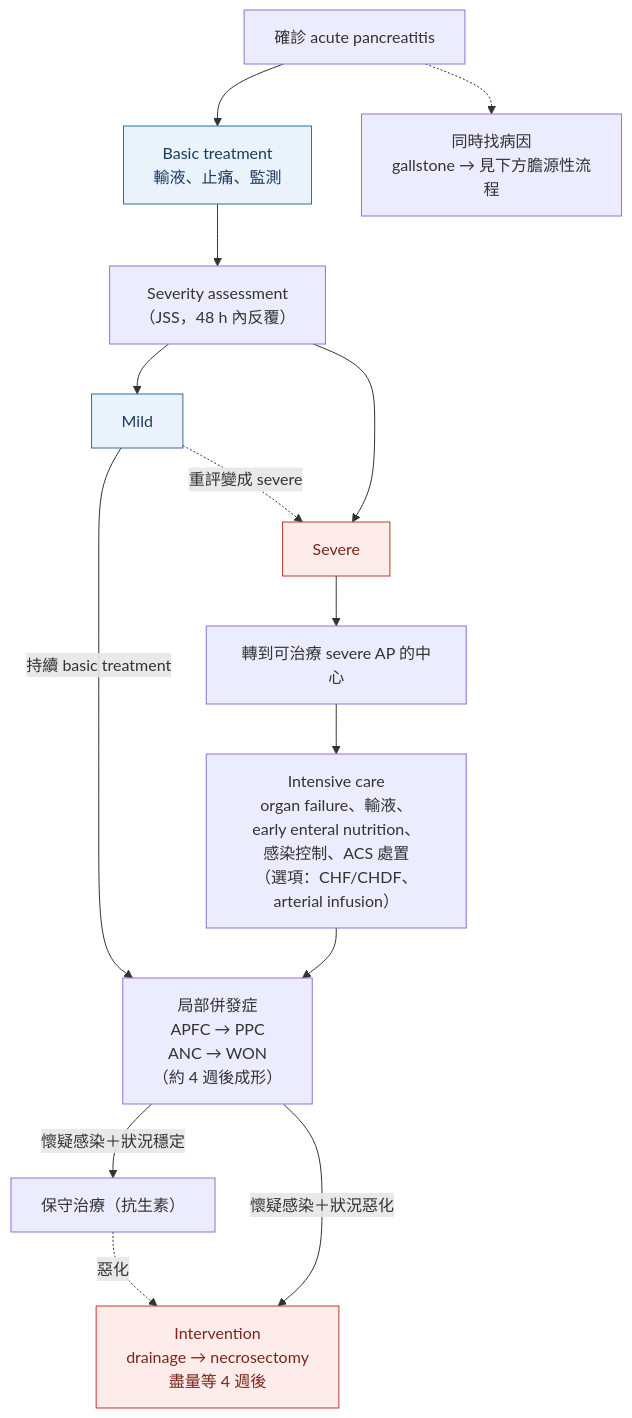
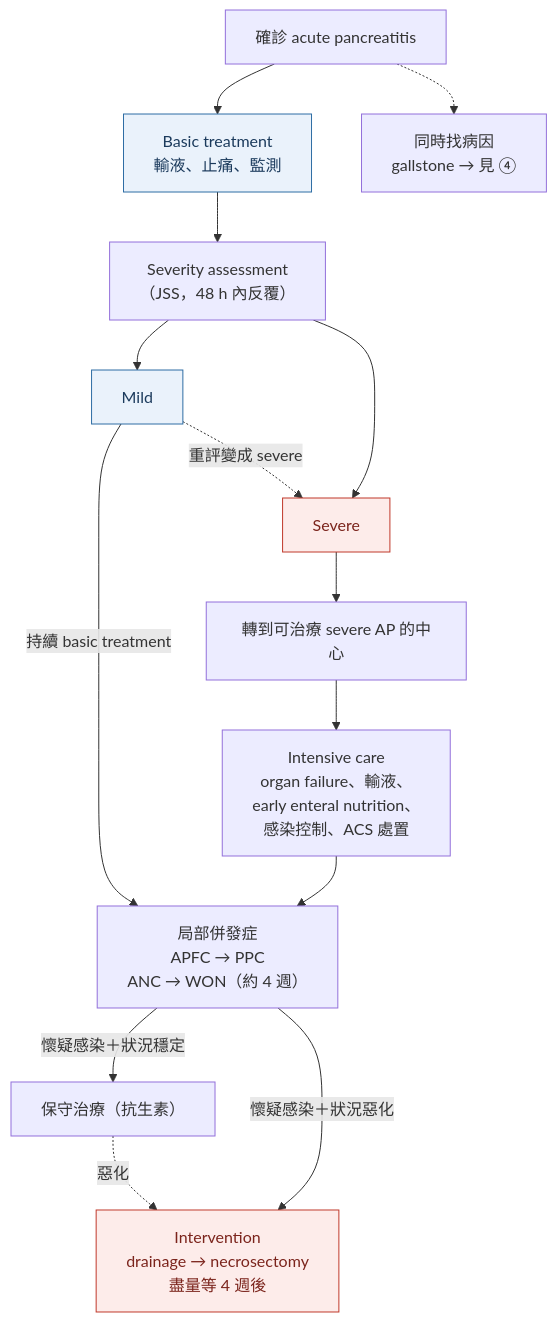
The second of 2 diagrams in content/gastroenterology/acute-pancreatitis.md (youngmd-notes/youngmd-notes.github.io), drawn with Mermaid before and after one commit. The commit also changed other lines of this file, not shown here.

````diff
--- a/content/gastroenterology/acute-pancreatitis.md
+++ b/content/gastroenterology/acute-pancreatitis.md
@@ -261,20 +488,20 @@
 ```mermaid
 flowchart TB
   D["確診 acute pancreatitis"] --> B["Basic treatment<br/>輸液、止痛、監測"]
-  D -.-> E["同時找病因<br/>gallstone → 見下方膽源性流程"]
+  D -.-> E["同時找病因<br/>gallstone → 見 ④"]
   B --> S["Severity assessment<br/>（JSS，48 h 內反覆）"]
   S --> M["Mild"]
   S --> SV["Severe"]
   M -->|"持續 basic treatment"| L
   M -.->|"重評變成 severe"| SV
   SV --> T["轉到可治療 severe AP 的中心"]
-  T --> IC["Intensive care<br/>organ failure、輸液、<br/>early enteral nutrition、<br/>感染控制、ACS 處置<br/>（選項：CHF/CHDF、arterial infusion）"]
-  IC --> L["局部併發症<br/>APFC → PPC<br/>ANC → WON<br/>（約 4 週後成形）"]
+  T --> IC["Intensive care<br/>organ failure、輸液、<br/>early enteral nutrition、<br/>感染控制、ACS 處置"]
+  IC --> L["局部併發症<br/>APFC → PPC<br/>ANC → WON（約 4 週）"]
   L -->|"懷疑感染＋狀況穩定"| C["保守治療（抗生素）"]
   L -->|"懷疑感染＋狀況惡化"| I["Intervention<br/>drainage → necrosectomy<br/>盡量等 4 週後"]
   C -.->|"惡化"| I
   classDef warn fill:#fdecea,stroke:#c0392b,color:#7b241c
   classDef ok fill:#eaf2fb,stroke:#2e6da4,color:#1b3a5c
   class SV,I warn
   class B,M ok
 ```
````
